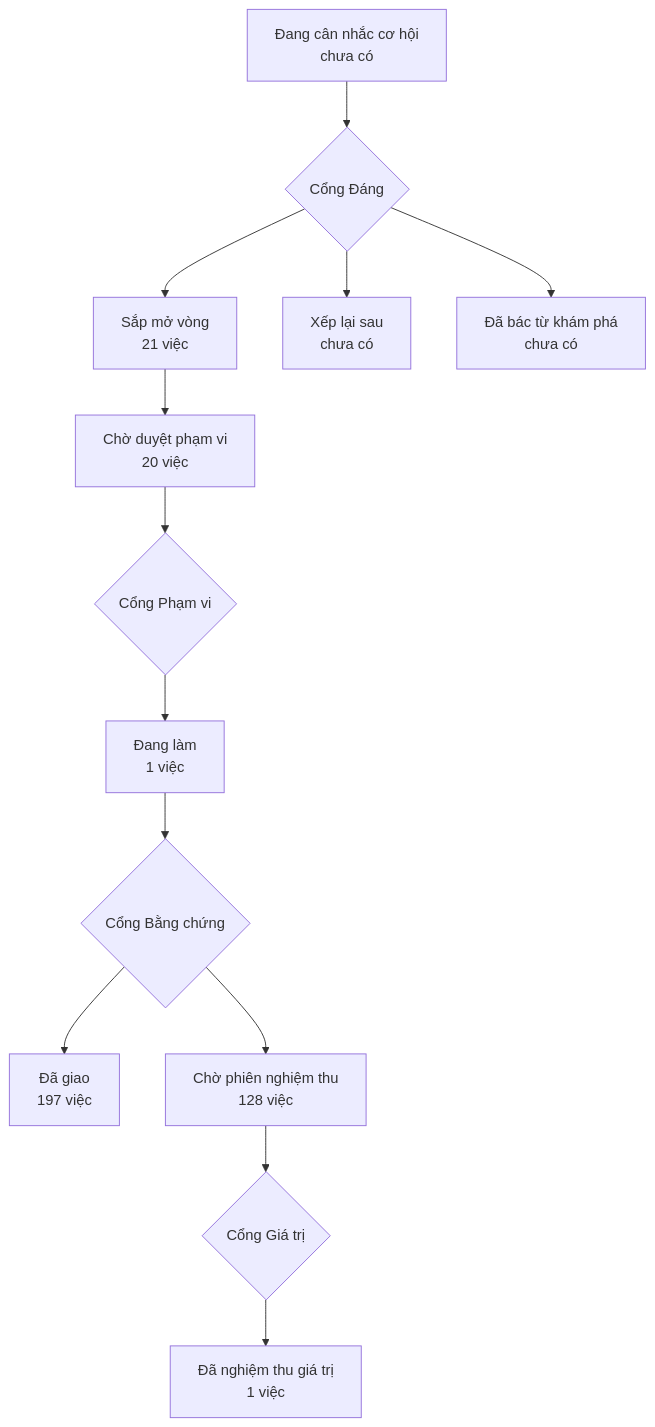
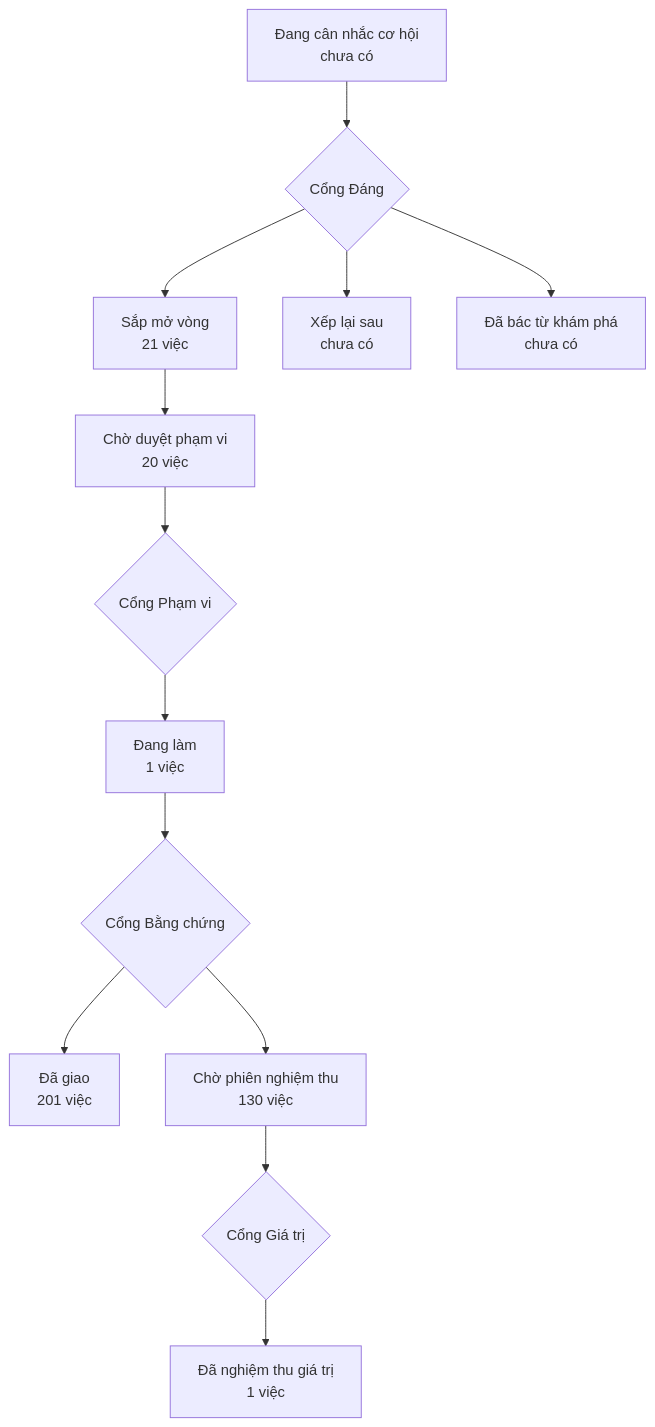
The diagram in PRODUCT-MAP.md (phanlemanh/onehub-invest), drawn with Mermaid before and after one commit. The commit also changed other lines of this file and 1 other file, not shown here.

````diff
--- a/PRODUCT-MAP.md
+++ b/PRODUCT-MAP.md
@@ -7,12 +7,12 @@
 ```mermaid
 flowchart TD
   A["Đang cân nhắc cơ hội<br/>chưa có"] --> GD{"Cổng Đáng"}
   GD --> B["Sắp mở vòng<br/>21 việc"]
   GD --> XL["Xếp lại sau<br/>chưa có"]
   GD --> DB["Đã bác từ khám phá<br/>chưa có"]
   B --> CD["Chờ duyệt phạm vi<br/>20 việc"] --> GP{"Cổng Phạm vi"}
   GP --> DL["Đang làm<br/>1 việc"] --> GB{"Cổng Bằng chứng"}
-  GB --> DG["Đã giao<br/>197 việc"]
-  GB --> CN["Chờ phiên nghiệm thu<br/>128 việc"] --> GG{"Cổng Giá trị"}
+  GB --> DG["Đã giao<br/>201 việc"]
+  GB --> CN["Chờ phiên nghiệm thu<br/>130 việc"] --> GG{"Cổng Giá trị"}
   GG --> NT["Đã nghiệm thu giá trị<br/>1 việc"]
 ```
````
